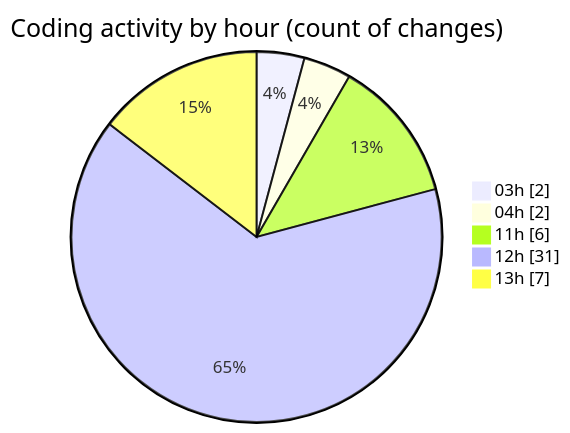
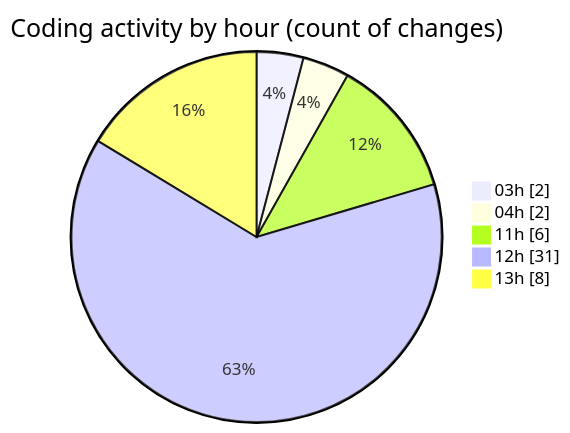
One commit to FelipKnott/code-tracking changed the second of 2 diagrams in 2025-07-04/cursor/README.md. Above: the diagram before and after it, drawn with Mermaid. The commit also changed other lines of this file and 1 other file, not shown here.

````diff
--- a/2025-07-04/cursor/README.md
+++ b/2025-07-04/cursor/README.md
@@ -45,9 +45,9 @@
 ```mermaid
 pie showData
 title Coding activity by hour (count of changes)
 "03h" : 2
 "04h" : 2
 "11h" : 6
 "12h" : 31
-"13h" : 7
+"13h" : 8
 ```
````
